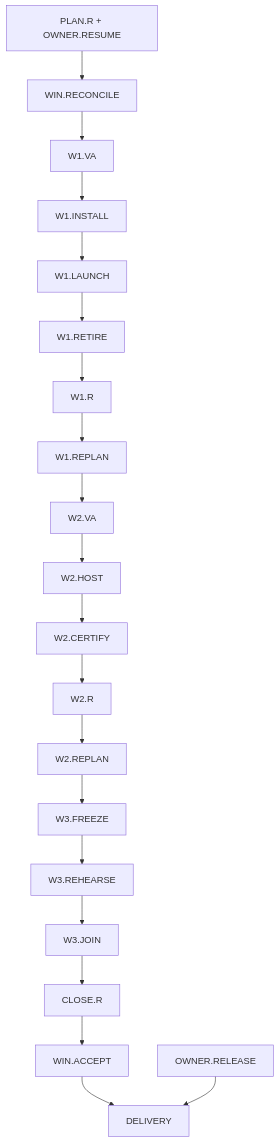
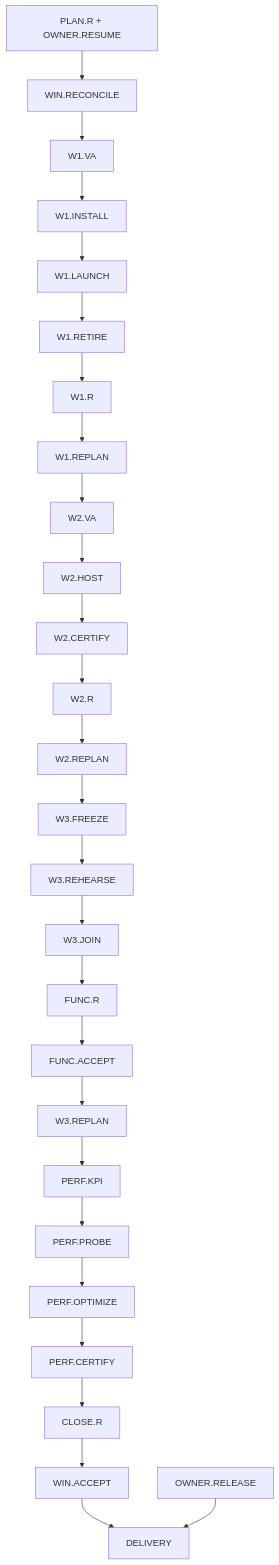
Before and after one commit to lsheng2/metrics: the diagram in openspec/changes/embed-ai-base-runtime-in-process/windows-close-plan.md, drawn with Mermaid. The commit also changed other lines of this file and 8 other files, not shown here.

````diff
--- a/openspec/changes/embed-ai-base-runtime-in-process/windows-close-plan.md
+++ b/openspec/changes/embed-ai-base-runtime-in-process/windows-close-plan.md
@@ -140,12 +157,15 @@
 ```mermaid
 flowchart TD
   P["PLAN.R + OWNER.RESUME"] --> A[WIN.RECONCILE]
   A --> B[W1.VA] --> C[W1.INSTALL] --> D[W1.LAUNCH]
   D --> E[W1.RETIRE] --> F[W1.R] --> G[W1.REPLAN]
   G --> H[W2.VA] --> I[W2.HOST] --> J[W2.CERTIFY]
   J --> K[W2.R] --> L[W2.REPLAN] --> M[W3.FREEZE]
-  M --> N[W3.REHEARSE] --> O[W3.JOIN] --> Q[CLOSE.R]
+  M --> N[W3.REHEARSE] --> O[W3.JOIN] --> FR[FUNC.R]
+  FR --> FA[FUNC.ACCEPT] --> RP[W3.REPLAN] --> PK[PERF.KPI]
+  PK --> PP[PERF.PROBE] --> PO[PERF.OPTIMIZE] --> PC[PERF.CERTIFY]
+  PC --> Q[CLOSE.R]
   Q --> R[WIN.ACCEPT]
   R --> S[DELIVERY]
   T[OWNER.RELEASE] --> S
 ```
````
